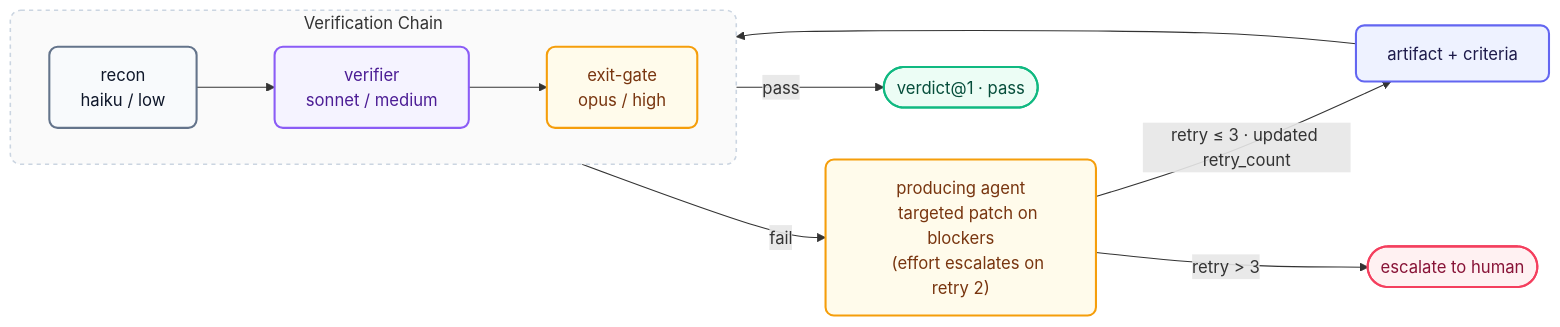
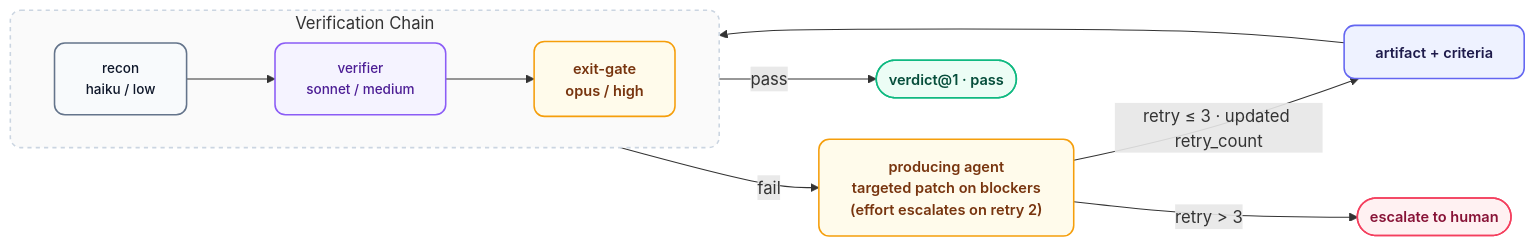
The fifth of 5 diagrams in ARCHITECTURE.md (orin-dx/agent-plugins), drawn with Mermaid before and after one commit. The commit also changed other lines of this file and 211 other files, not shown here.

````diff
--- a/ARCHITECTURE.md
+++ b/ARCHITECTURE.md
@@ -153,40 +176,41 @@
 ```mermaid
+%%{init: {'flowchart': {'curve': 'basis', 'nodeSpacing': 40, 'rankSpacing': 60}}}%%
 flowchart LR
-    classDef source fill:#eef2ff,stroke:#6366f1,stroke-width:2px,color:#1e1b4b,rx:8px,ry:8px;
-    classDef store fill:#f8fafc,stroke:#64748b,stroke-width:2px,color:#0f172a,rx:8px,ry:8px;
-    classDef engine fill:#f5f3ff,stroke:#8b5cf6,stroke-width:2px,color:#4c1d95,rx:8px,ry:8px;
-    classDef router fill:#fffbeb,stroke:#f59e0b,stroke-width:2px,color:#78350f,rx:8px,ry:8px;
-    classDef output fill:#ecfdf5,stroke:#10b981,stroke-width:2px,color:#064e3b,rx:8px,ry:8px;
-    classDef alert fill:#fff1f2,stroke:#f43f5e,stroke-width:2px,color:#881337,rx:8px,ry:8px;
+    classDef source fill:#eef2ff,stroke:#6366f1,stroke-width:1.5px,color:#1e1b4b,rx:10,ry:10,font-size:14px,font-weight:600;
+    classDef store fill:#f8fafc,stroke:#64748b,stroke-width:1.5px,color:#0f172a,rx:10,ry:10,font-size:13px,font-weight:500;
+    classDef engine fill:#f5f3ff,stroke:#8b5cf6,stroke-width:1.5px,color:#4c1d95,rx:10,ry:10,font-size:13px,font-weight:500;
+    classDef router fill:#fffbeb,stroke:#f59e0b,stroke-width:1.5px,color:#78350f,rx:10,ry:10,font-size:14px,font-weight:600;
+    classDef output fill:#ecfdf5,stroke:#10b981,stroke-width:1.5px,color:#064e3b,rx:10,ry:10,font-size:14px,font-weight:600;
+    classDef alert fill:#fff1f2,stroke:#f43f5e,stroke-width:1.5px,color:#881337,rx:10,ry:10,font-size:14px,font-weight:600;
 
     Art[artifact + criteria]
 
     subgraph check [Verification Chain]
         direction LR
         Recon["recon
         haiku / low"] --> Ver["verifier
         sonnet / medium"] --> Gate["exit-gate
         opus / high"]
     end
 
     Art --> Recon
 
     Fix["producing agent
     targeted patch on blockers
     (effort escalates on retry 2)"]
 
     Gate -->|pass| Done(["verdict@1 · pass"])
     Gate -->|fail| Fix
     Fix -->|"retry ≤ 3 · updated retry_count"| Art
     Fix -->|"retry > 3"| Esc(["escalate to human"])
 
     class Art source
     class Recon store
     class Ver engine
     class Gate router
     class Done output
     class Fix router
     class Esc alert
 
     style check fill:#fafafa,stroke:#cbd5e1,stroke-width:1.5px,stroke-dasharray: 4 4,rx:10px,ry:10px
 ```
````
